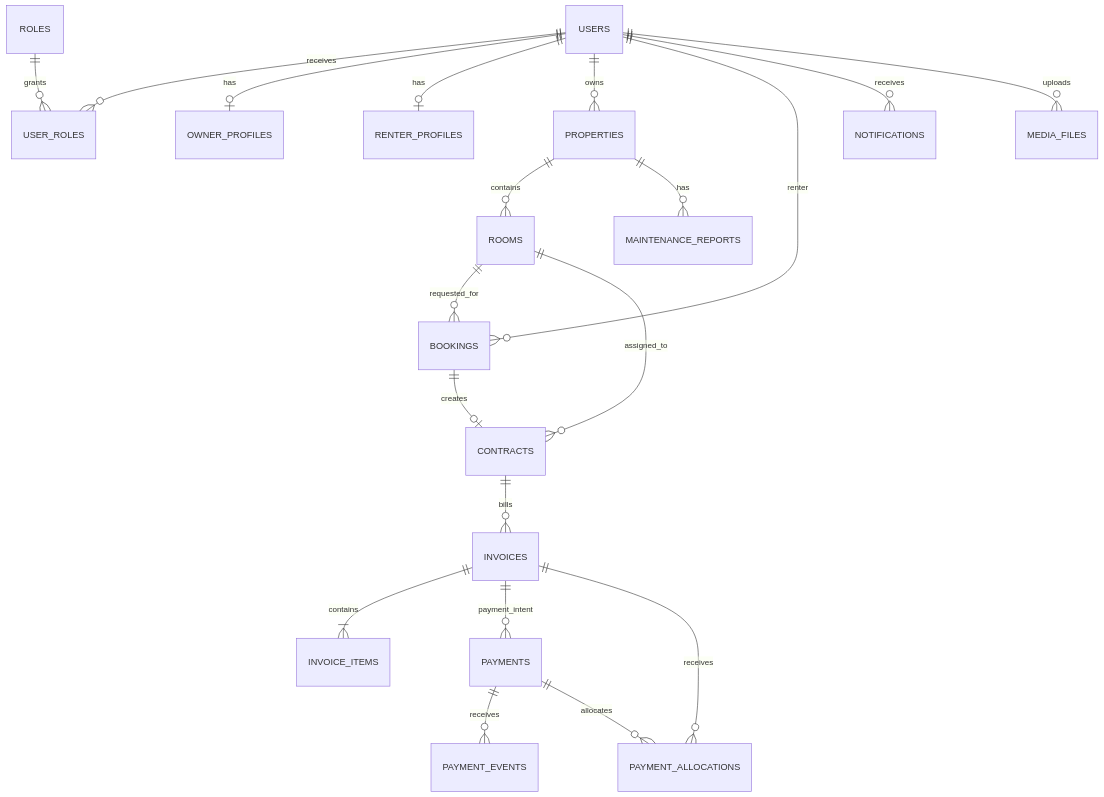
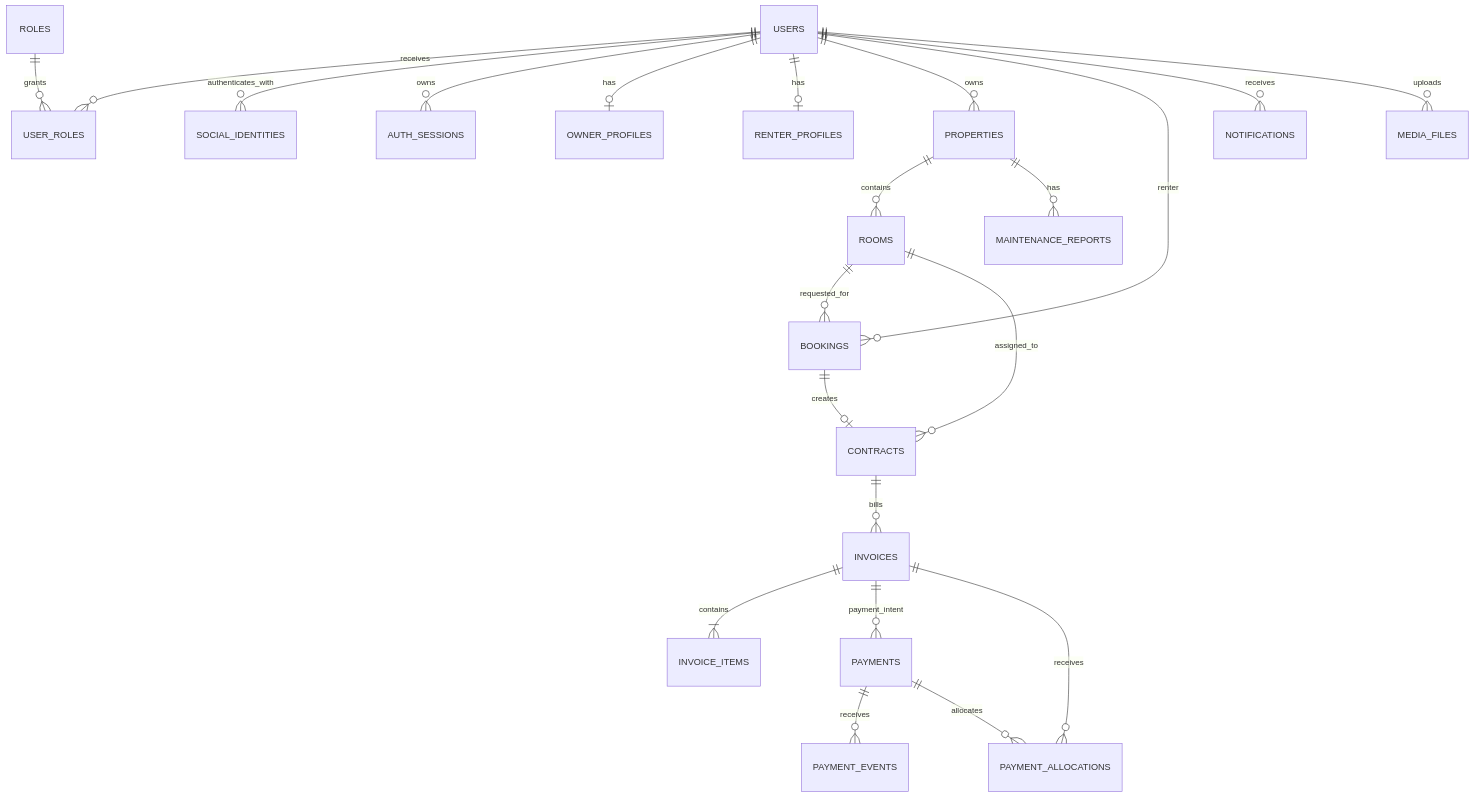
One commit to GLIGHTERR/smart-platform-services changed the first of 2 diagrams in docs/database-erd.md. Above: the diagram before and after it, drawn with Mermaid. The commit also changed other lines of this file and 38 other files, not shown here.

Commit message:
[GLI-11] Implement auth, OTP, JWT sessions and RBAC

````diff
--- a/docs/database-erd.md
+++ b/docs/database-erd.md
@@ -6,22 +6,24 @@
 ```mermaid
 erDiagram
   USERS ||--o{ USER_ROLES : receives
   ROLES ||--o{ USER_ROLES : grants
+  USERS ||--o{ SOCIAL_IDENTITIES : authenticates_with
+  USERS ||--o{ AUTH_SESSIONS : owns
   USERS ||--o| OWNER_PROFILES : has
   USERS ||--o| RENTER_PROFILES : has
   USERS ||--o{ PROPERTIES : owns
   PROPERTIES ||--o{ ROOMS : contains
   ROOMS ||--o{ BOOKINGS : requested_for
   USERS ||--o{ BOOKINGS : renter
   BOOKINGS ||--o| CONTRACTS : creates
   ROOMS ||--o{ CONTRACTS : assigned_to
   CONTRACTS ||--o{ INVOICES : bills
   INVOICES ||--|{ INVOICE_ITEMS : contains
   INVOICES ||--o{ PAYMENTS : payment_intent
   PAYMENTS ||--o{ PAYMENT_EVENTS : receives
   INVOICES ||--o{ PAYMENT_ALLOCATIONS : receives
   PAYMENTS ||--o{ PAYMENT_ALLOCATIONS : allocates
   PROPERTIES ||--o{ MAINTENANCE_REPORTS : has
   USERS ||--o{ NOTIFICATIONS : receives
   USERS ||--o{ MEDIA_FILES : uploads
 ```
````
